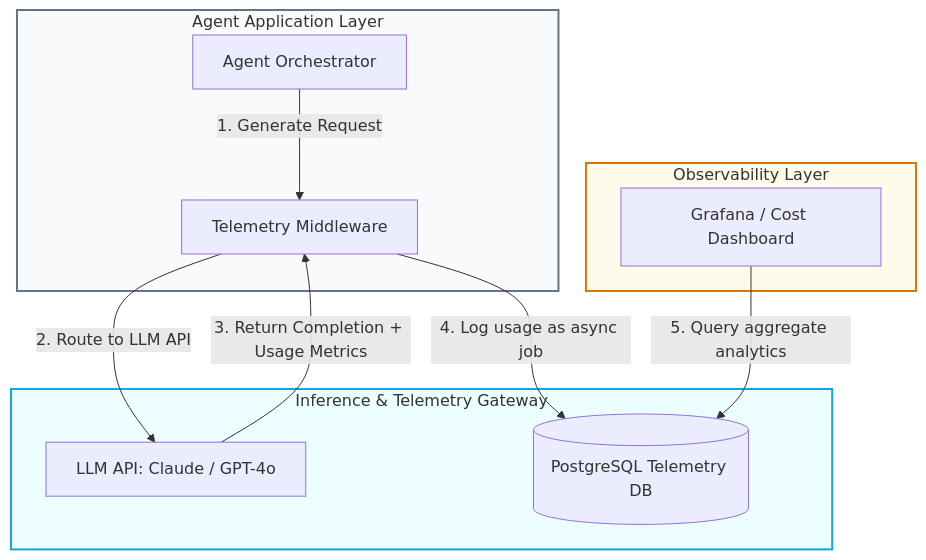
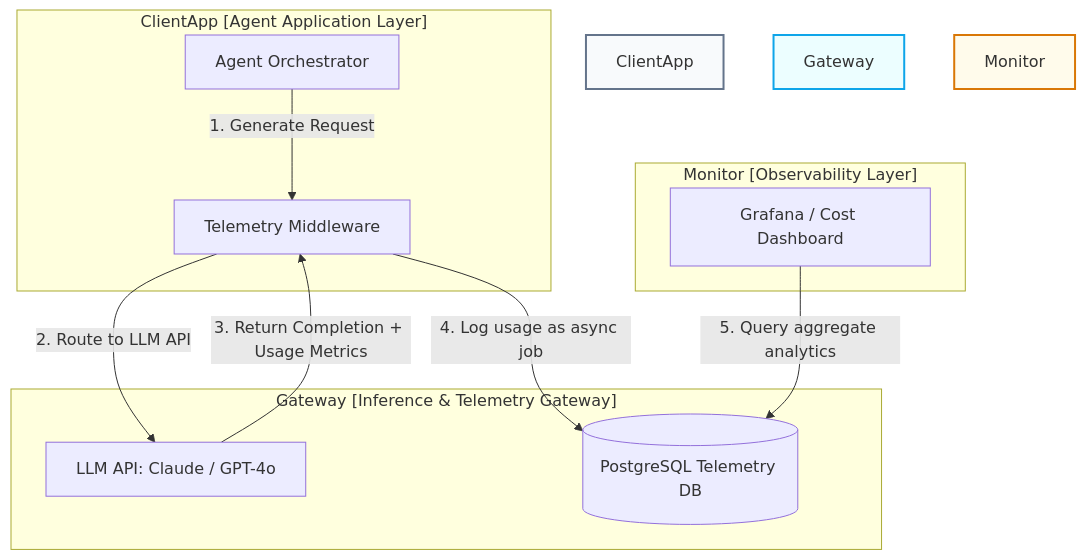
One commit to akmalkhaniub/akmalkhaniub.github.io changed the diagram in blog/posts/token-economics-cost-latency-dashboards.md. Above: the diagram before and after it, drawn with Mermaid. The commit also changed 600 other files, not shown here.

Commit message:
fix(blog): resolve Mermaid v10 syntax errors across Figure 1 and publication subgraphs

````diff
--- a/blog/posts/token-economics-cost-latency-dashboards.md
+++ b/blog/posts/token-economics-cost-latency-dashboards.md
@@ -18,20 +18,20 @@
 ```mermaid
 graph TD
-    subgraph ClientApp [Agent Application Layer]
+    subgraph SG1_ClientappAgentApplication ["ClientApp [Agent Application Layer]"]
         Agent[Agent Orchestrator] -->|1. Generate Request| MW[Telemetry Middleware]
     end
 
-    subgraph Gateway [Inference & Telemetry Gateway]
+    subgraph SG2_GatewayInferenceTelemetry ["Gateway [Inference & Telemetry Gateway]"]
         MW -->|2. Route to LLM API| LLM[LLM API: Claude / GPT-4o]
         LLM -->|3. Return Completion + Usage Metrics| MW
         MW -->|4. Log usage as async job| DB[(PostgreSQL Telemetry DB)]
     end
 
-    subgraph Monitor [Observability Layer]
+    subgraph SG3_MonitorObservabilityLayer ["Monitor [Observability Layer]"]
         Dash[Grafana / Cost Dashboard] -->|5. Query aggregate analytics| DB
     end
 
     style ClientApp fill:#f8fafc,stroke:#64748b,stroke-width:2px
     style Gateway fill:#ecfeff,stroke:#0ea5e9,stroke-width:2px
     style Monitor fill:#fffbeb,stroke:#d97706,stroke-width:2px
 ```
````
